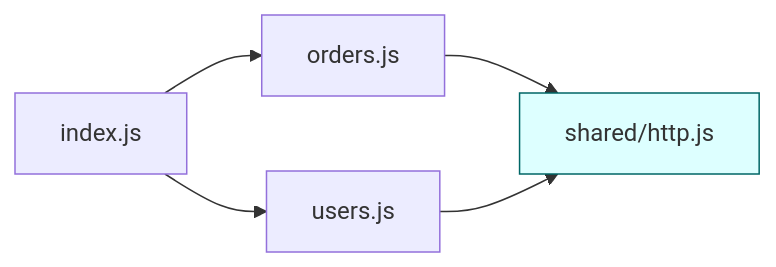
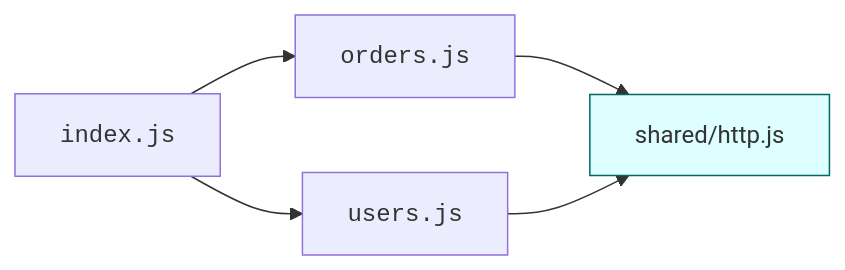
One commit to dataslope/dataslope changed the second of 2 diagrams in content/learn/beginners-javascript/modular-organization.mdx. Above: the diagram before and after it, drawn with Mermaid. The commit also changed other lines of this file and 153 other files, not shown here.

First line of the commit message:
Render code-only mermaid shapes in monospace; convert step sequences to Steps

````diff
--- a/content/learn/beginners-javascript/modular-organization.mdx
+++ b/content/learn/beginners-javascript/modular-organization.mdx
@@ -225,8 +225,8 @@
 ```mermaid
 flowchart LR
-    A[index.js] --> B[users.js]
-    A --> C[orders.js]
+    A["<code>index.js</code>"] --> B["<code>users.js</code>"]
+    A --> C["<code>orders.js</code>"]
     C --> D[shared/http.js]
     B --> D
     style D fill:#dff,stroke:#066
 ```
````
